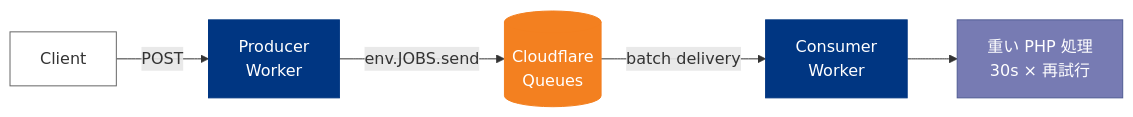
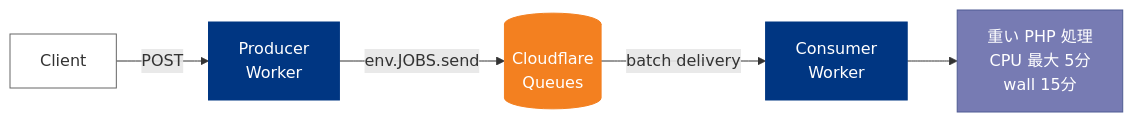
Before and after one commit to SuguruOoki/cloudflare-php-demo: the diagram in slides/diagrams/queue-pattern.mmd, drawn with Mermaid. The commit also changed 3 other files, not shown here.

```diff
--- a/slides/diagrams/queue-pattern.mmd
+++ b/slides/diagrams/queue-pattern.mmd
@@ -1,14 +1,14 @@
 flowchart LR
     C[Client] -->|POST| PW[Producer<br/>Worker]
     PW -->|env.JOBS.send| CFQ[(Cloudflare<br/>Queues)]
     CFQ -->|batch delivery| CW[Consumer<br/>Worker]
-    CW --> PHP[重い PHP 処理<br/>30s × 再試行]
+    CW --> PHP["重い PHP 処理<br/>CPU 最大 5分<br/>wall 15分"]
 
     classDef client fill:#fff,stroke:#666
     classDef edge fill:#003682,stroke:#003682,color:#fff
     classDef q fill:#F38020,stroke:#F38020,color:#fff
     classDef php fill:#777bb3,stroke:#4f5b93,color:#fff
     class C client
     class PW,CW edge
     class CFQ q
     class PHP php
```
